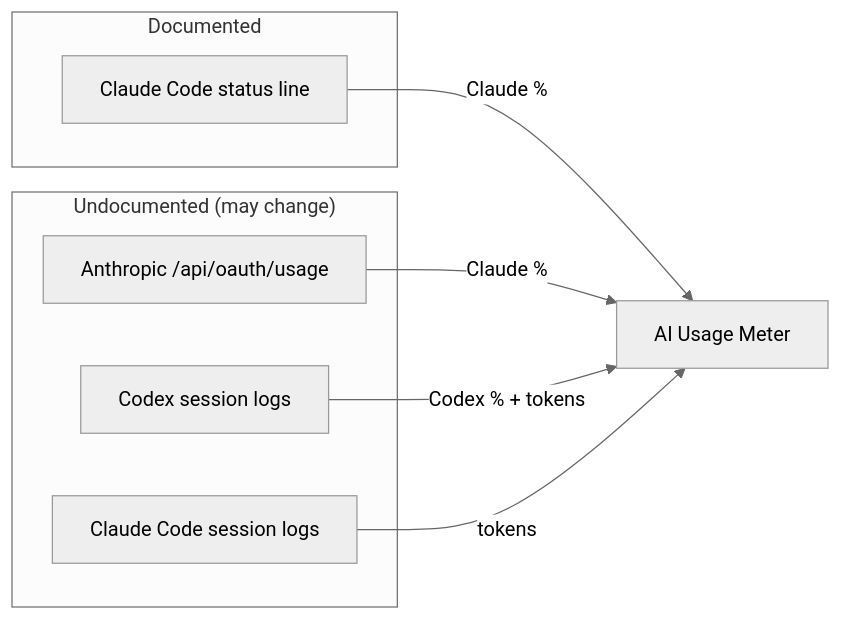
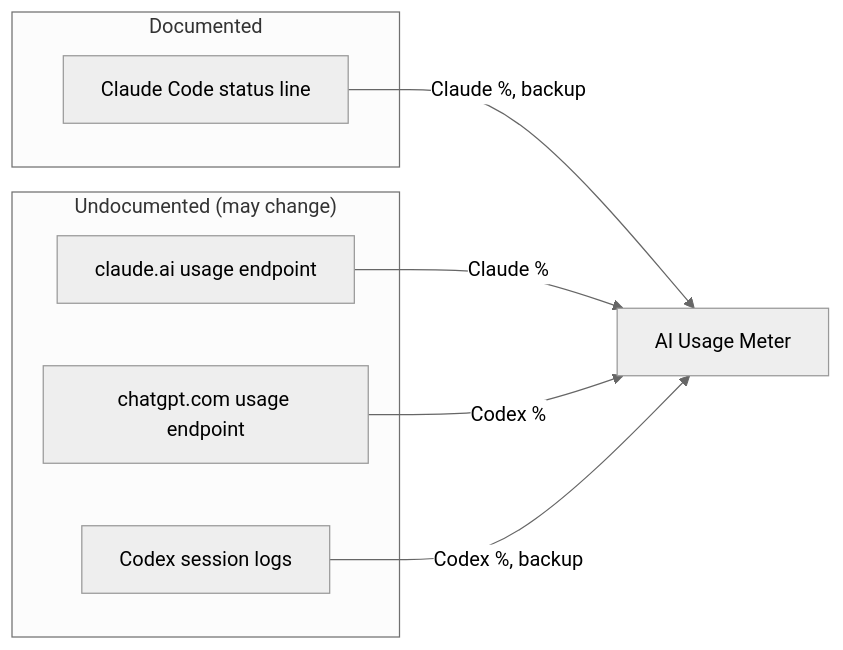
One commit to PrajwalSR/ai_usage_meter changed the diagram in docs/DATA-SOURCES.md. Above: the diagram before and after it, drawn with Mermaid (neutral theme). The commit also changed other lines of this file and 29 other files, not shown here.

````diff
--- a/docs/DATA-SOURCES.md
+++ b/docs/DATA-SOURCES.md
@@ -7,15 +7,15 @@
 ```mermaid
 flowchart LR
     subgraph Documented
         SL["Claude Code status line"]
     end
     subgraph Undocumented["Undocumented (may change)"]
-        AN["Anthropic /api/oauth/usage"]
+        CW["claude.ai usage endpoint"]
+        GW["chatgpt.com usage endpoint"]
         CXL["Codex session logs"]
-        CCL["Claude Code session logs"]
     end
-    AN -->|"Claude %"| M["AI Usage Meter"]
-    SL -->|"Claude %"| M
-    CXL -->|"Codex % + tokens"| M
-    CCL -->|"tokens"| M
+    CW -->|"Claude %"| M["AI Usage Meter"]
+    SL -->|"Claude %, backup"| M
+    GW -->|"Codex %"| M
+    CXL -->|"Codex %, backup"| M
 ```
````
